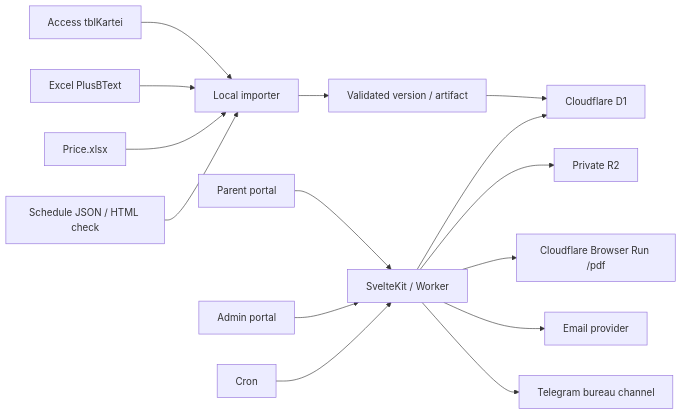
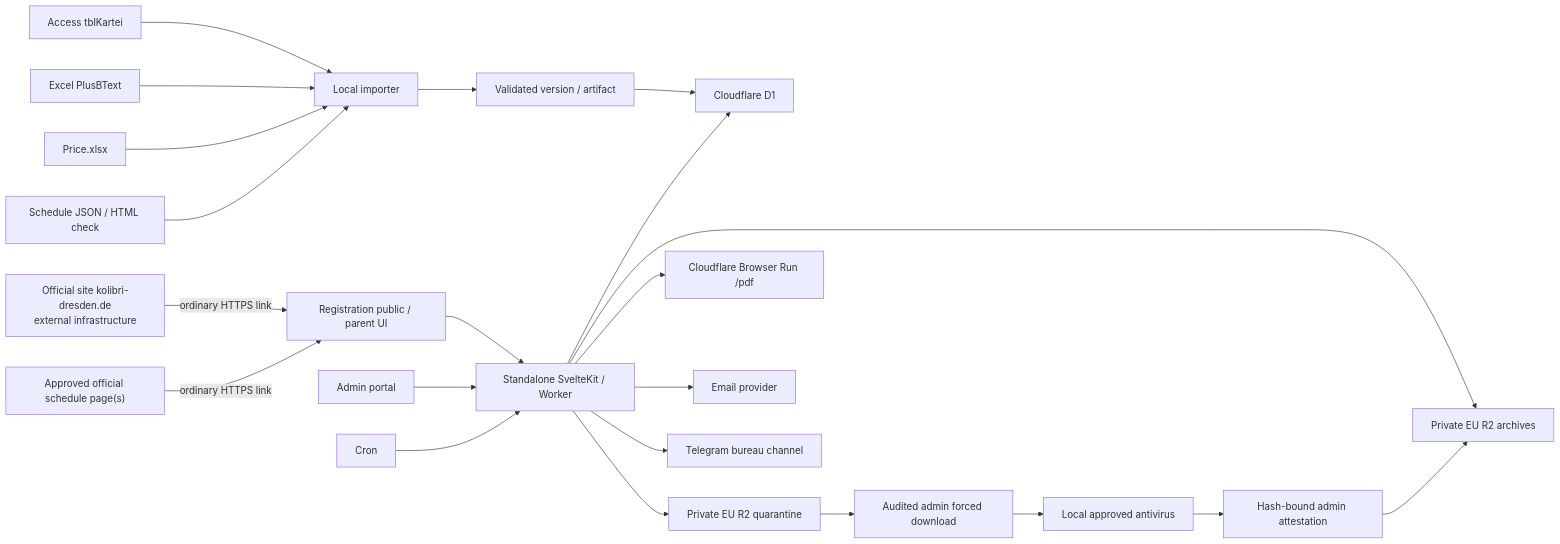
One commit to gluonMaster/reg_allgemein changed the diagram in docs/architecture/OVERVIEW.md. Above: the diagram before and after it, drawn with Mermaid. The commit also changed other lines of this file and 26 other files, not shown here.

````diff
--- a/docs/architecture/OVERVIEW.md
+++ b/docs/architecture/OVERVIEW.md
@@ -5,18 +5,27 @@
 ```mermaid
 flowchart LR
+    OfficialSite["Official site kolibri-dresden.de<br/>external infrastructure"]
+    OfficialSchedule["Approved official schedule page(s)"]
     Access["Access tblKartei"] --> Importer["Local importer"]
     PlusBText["Excel PlusBText"] --> Importer
     Price["Price.xlsx"] --> Importer
     Schedule["Schedule JSON / HTML check"] --> Importer
     Importer --> Staging["Validated version / artifact"]
     Staging --> D1["Cloudflare D1"]
 
-    Parent["Parent portal"] --> Worker["SvelteKit / Worker"]
+    Parent["Registration public / parent UI"] --> Worker["Standalone SvelteKit / Worker"]
+    OfficialSite -->|"ordinary HTTPS link"| Parent
+    OfficialSchedule -->|"ordinary HTTPS link"| Parent
     Admin["Admin portal"] --> Worker
     Worker --> D1
-    Worker --> R2["Private R2"]
+    Worker --> Archive["Private EU R2 archives"]
+    Worker --> Quarantine["Private EU R2 quarantine"]
+    Quarantine --> ForcedDownload["Audited admin forced download"]
+    ForcedDownload --> LocalAV["Local approved antivirus"]
+    LocalAV --> Attestation["Hash-bound admin attestation"]
+    Attestation --> Archive
     Worker --> Browser["Cloudflare Browser Run /pdf"]
     Worker --> Email["Email provider"]
     Cron["Cron"] --> Worker
     Worker --> Telegram["Telegram bureau channel"]
 ```
````
